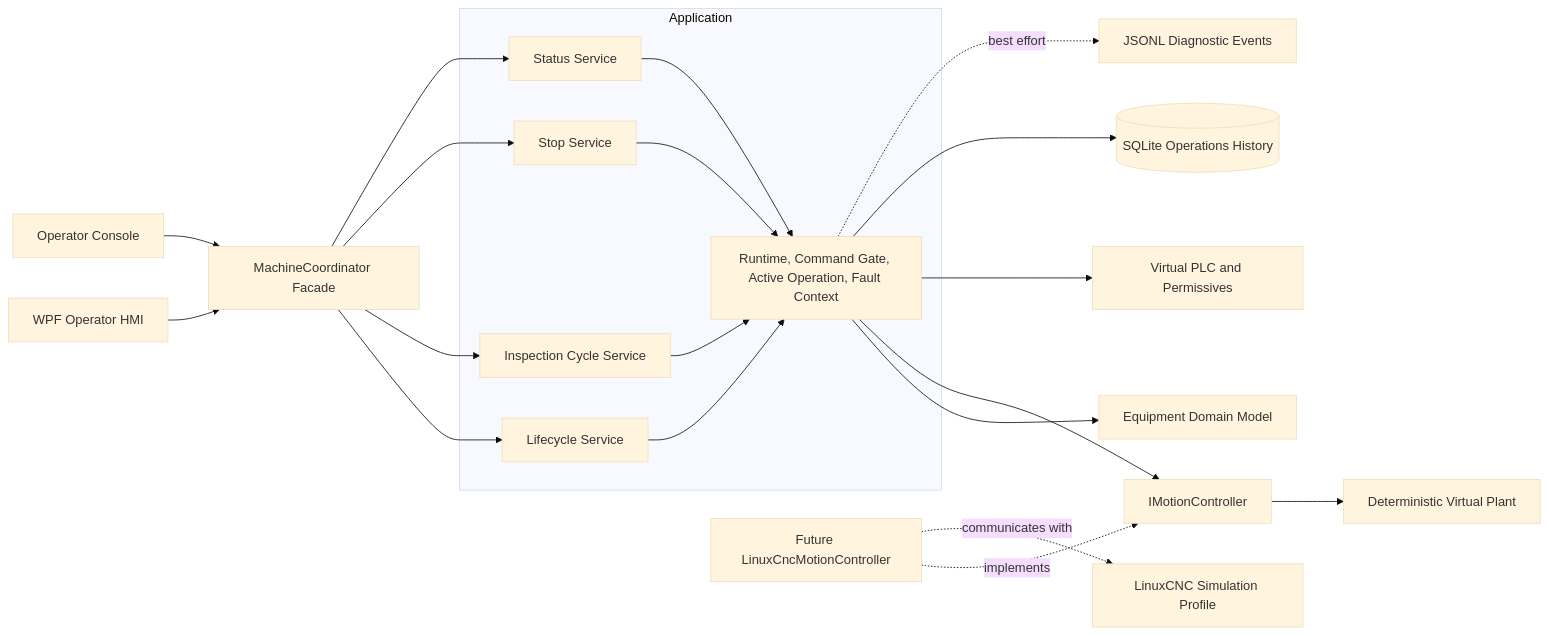
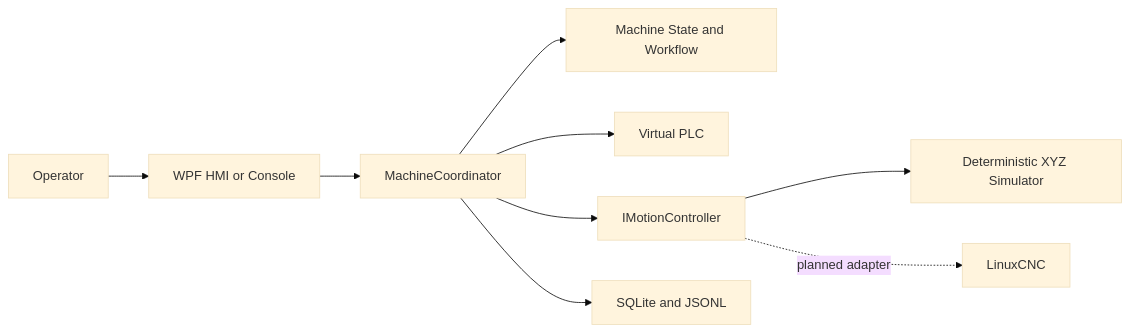
The second of 2 diagrams in README.md (parthoece/multiaxis-motion-sim), drawn with Mermaid (base theme) before and after one commit. The commit also changed other lines of this file, not shown here.

````diff
--- a/README.md
+++ b/README.md
@@ -116,46 +221,13 @@
 ```mermaid
 flowchart LR
-    HMI[WPF Operator HMI]
-    CLI[Operator Console]
-    FACADE[MachineCoordinator Facade]
+    USER[Operator] --> UI[WPF HMI or Console]
+    UI --> COORD[MachineCoordinator]
 
-    subgraph Application
-        LIFE[Lifecycle Service]
-        CYCLE[Inspection Cycle Service]
-        STOP[Stop Service]
-        STATUS[Status Service]
-        COMMON[Runtime, Command Gate, Active Operation, Fault Context]
-    end
+    COORD --> STATE[Machine State and Workflow]
+    COORD --> PLC[Virtual PLC]
+    COORD --> MOTION[IMotionController]
+    COORD --> DATA[SQLite and JSONL]
 
-    DOMAIN[Equipment Domain Model]
-    MOTION[IMotionController]
-    SIM[Deterministic Virtual Plant]
-    PLC[Virtual PLC and Permissives]
-    DB[(SQLite Operations History)]
-    LOG[JSONL Diagnostic Events]
-    ADAPTER[Future LinuxCncMotionController]
-    LINUXCNC[LinuxCNC Simulation Profile]
-
-    HMI --> FACADE
-    CLI --> FACADE
-
-    FACADE --> LIFE
-    FACADE --> CYCLE
-    FACADE --> STOP
-    FACADE --> STATUS
-
-    LIFE --> COMMON
-    CYCLE --> COMMON
-    STOP --> COMMON
-    STATUS --> COMMON
-
-    COMMON --> DOMAIN
-    COMMON --> MOTION
-    COMMON --> PLC
-    COMMON --> DB
-    COMMON -. best effort .-> LOG
-
-    MOTION --> SIM
-    ADAPTER -. implements .-> MOTION
-    ADAPTER -. communicates with .-> LINUXCNC
+    MOTION --> SIM[Deterministic XYZ Simulator]
+    MOTION -. planned adapter .-> CNC[LinuxCNC]
 ```
````
